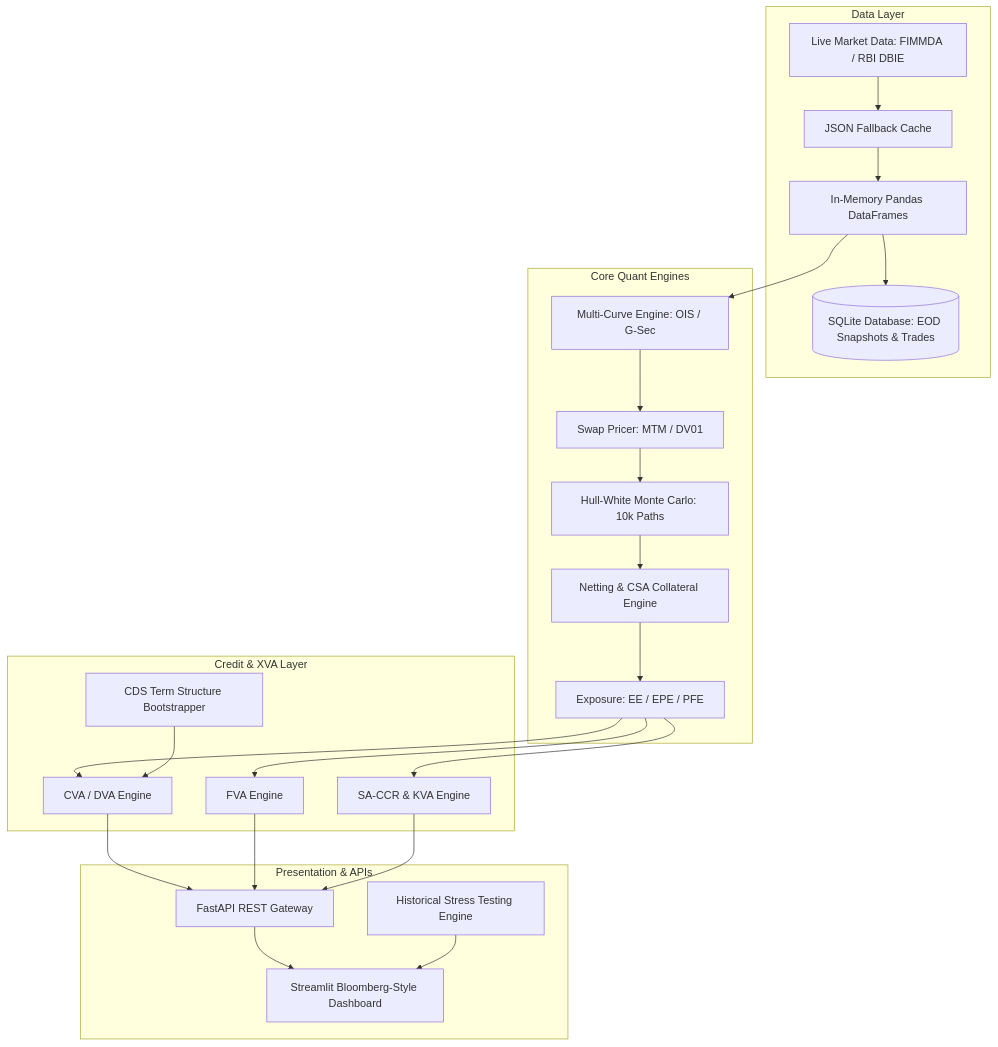
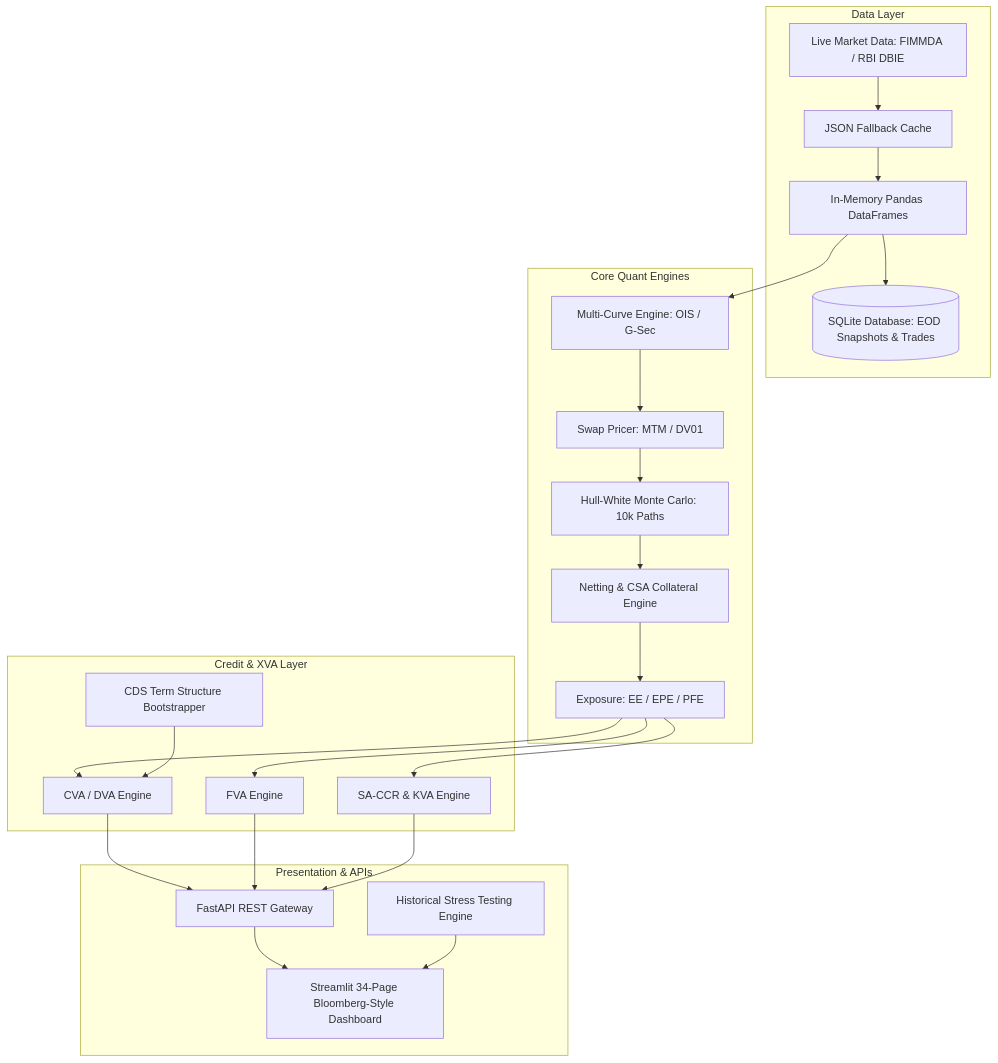
One commit to ShreyasMashelkar/XVA-Engine changed the diagram in INR_XVA_Platform_Documentation.md. Above: the diagram before and after it, drawn with Mermaid. The commit also changed other lines of this file and 1 other file, not shown here.

Commit message:
docs: Fix inconsistencies in README and Documentation

````diff
--- a/INR_XVA_Platform_Documentation.md
+++ b/INR_XVA_Platform_Documentation.md
@@ -20,31 +20,31 @@
 ```mermaid
 graph TD
     subgraph Data Layer
         Live[Live Market Data: FIMMDA / RBI DBIE] --> Caching[JSON Fallback Cache]
         Caching --> Memory[In-Memory Pandas DataFrames]
         Memory --> SQLite[(SQLite Database: EOD Snapshots & Trades)]
     end
 
     subgraph Core Quant Engines
         Memory --> Curves[Multi-Curve Engine: OIS / G-Sec]
         Curves --> Pricing[Swap Pricer: MTM / DV01]
         Pricing --> MC[Hull-White Monte Carlo: 10k Paths]
         MC --> Netting[Netting & CSA Collateral Engine]
         Netting --> Exp[Exposure: EE / EPE / PFE]
     end
 
     subgraph Credit & XVA Layer
         Exp --> CVA[CVA / DVA Engine]
         CDS[CDS Term Structure Bootstrapper] --> CVA
         Exp --> FVA[FVA Engine]
         Exp --> KVA[SA-CCR & KVA Engine]
     end
 
     subgraph Presentation & APIs
         CVA --> FastAPI[FastAPI REST Gateway]
         FVA --> FastAPI
         KVA --> FastAPI
-        FastAPI --> Streamlit[Streamlit Bloomberg-Style Dashboard]
+        FastAPI --> Streamlit[Streamlit 34-Page Bloomberg-Style Dashboard]
         Stress[Historical Stress Testing Engine] --> Streamlit
     end
 ```
````
